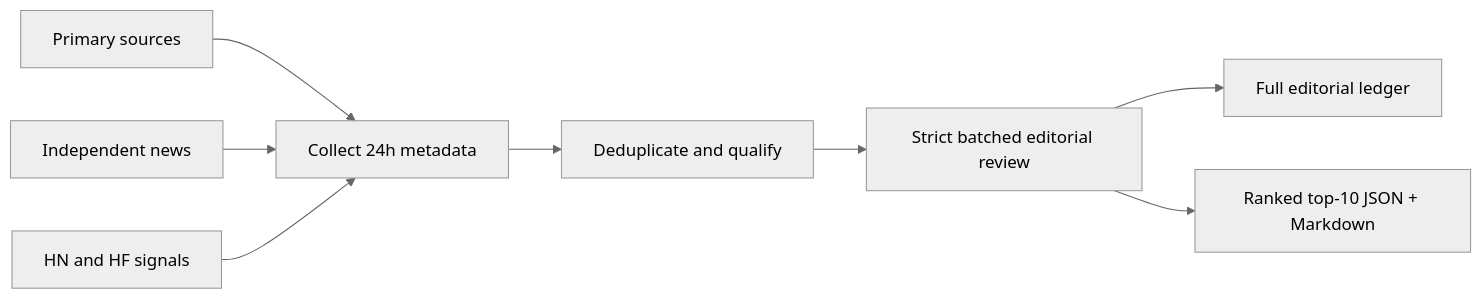
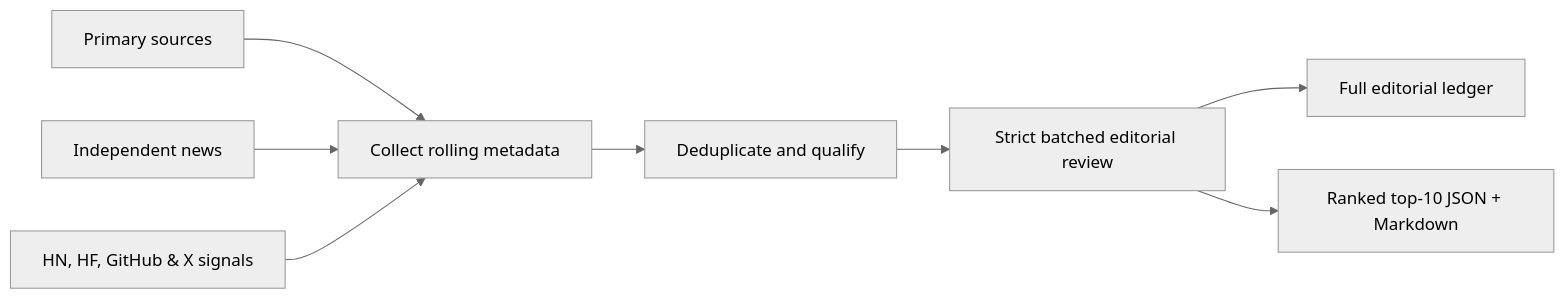
Before and after one commit to lifan-builds/ai-builder-brief: the diagram in README.md, drawn with Mermaid (neutral theme). The commit also changed other lines of this file and 20 other files, not shown here.

````diff
--- a/README.md
+++ b/README.md
@@ -24,10 +32,10 @@
 ```mermaid
 flowchart LR
-  P[Primary sources] --> C[Collect 24h metadata]
+  P[Primary sources] --> C[Collect rolling metadata]
   N[Independent news] --> C
-  S[HN and HF signals] --> C
+  S[HN, HF, GitHub & X signals] --> C
   C --> D[Deduplicate and qualify]
   D --> E[Strict batched editorial review]
   E --> J[Full editorial ledger]
   E --> R[Ranked top-10 JSON + Markdown]
 ```
````
